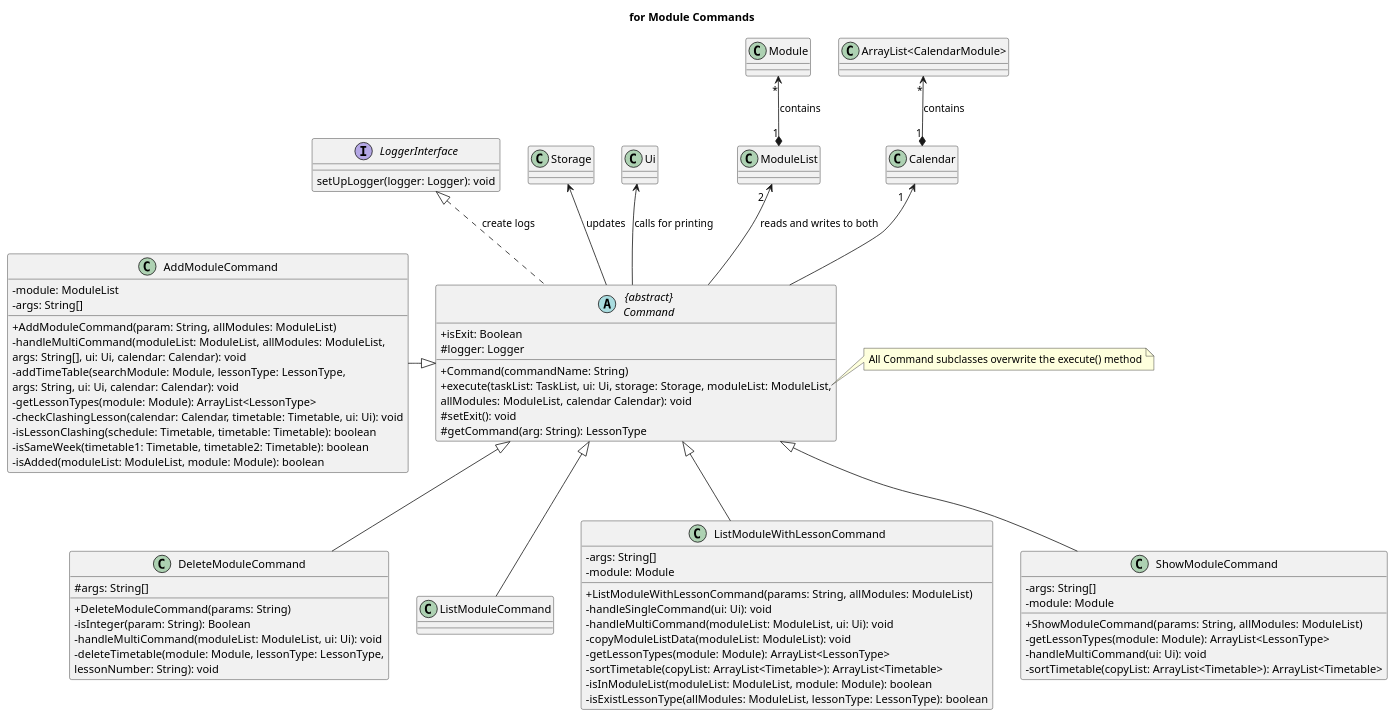
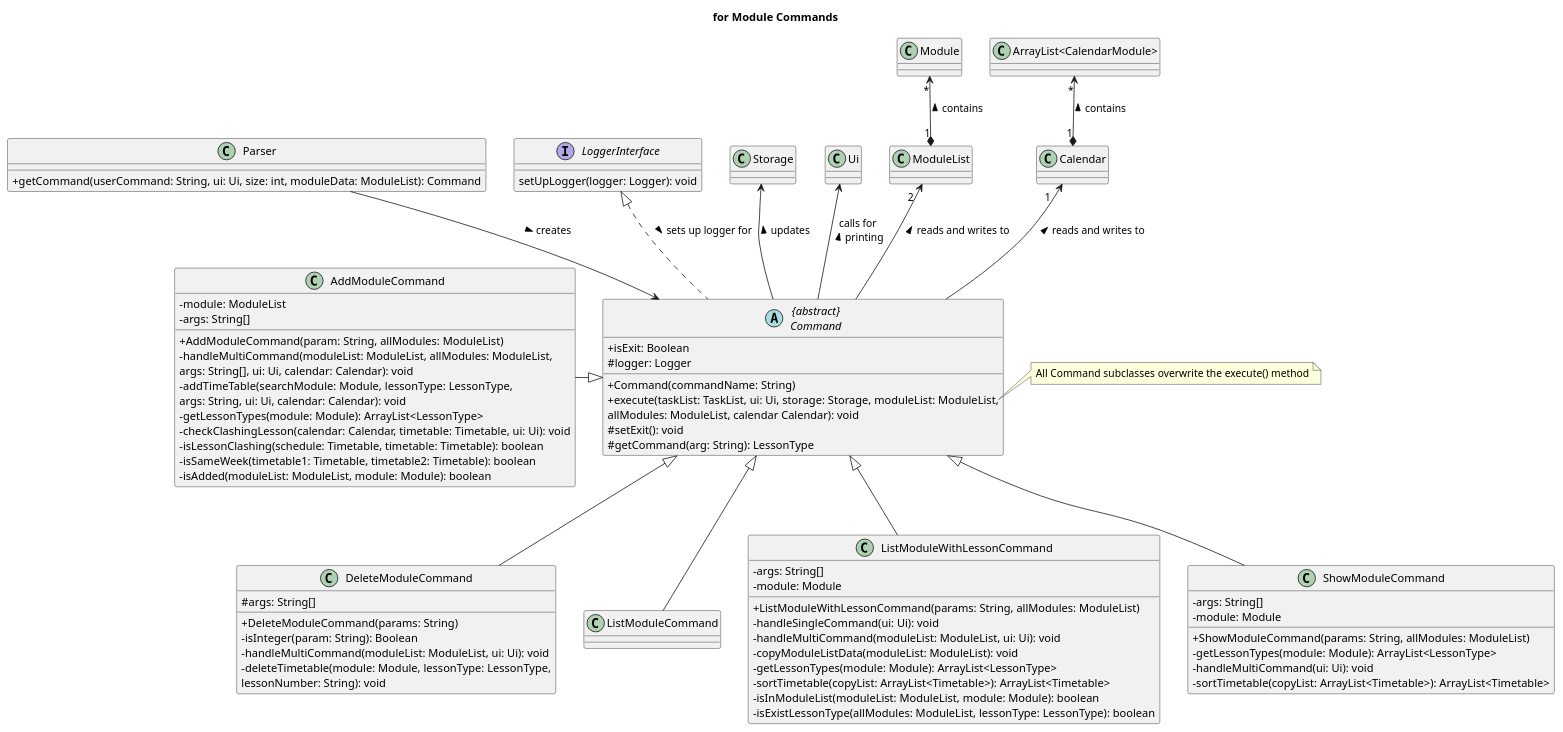
Before and after one commit to nus-cs2113-AY2223S2/tp: the diagram in docs/uml-source/class/Command2.puml, drawn with PlantUML. The commit also changed 5 other files, not shown here.

```diff
--- a/docs/uml-source/class/Command2.puml
+++ b/docs/uml-source/class/Command2.puml
@@ -1,85 +1,90 @@
 @startuml
 'https://plantuml.com/class-diagram
 skinparam classAttributeIconSize 0
 
 title for Module Commands
+
+class Parser {
++ getCommand(userCommand: String, ui: Ui, size: int, moduleData: ModuleList): Command
+}
+Parser --> Command : creates >
 
 abstract class "{abstract}\nCommand" as Command {
 + isExit: Boolean
 # logger: Logger
 + Command(commandName: String)
 + execute(taskList: TaskList, ui: Ui, storage: Storage, moduleList: ModuleList,
 allModules: ModuleList, calendar Calendar): void
 # setExit(): void
 # getCommand(arg: String): LessonType
 }
 
 interface LoggerInterface {
 setUpLogger(logger: Logger): void
 }
 
 note right of Command::execute
     All Command subclasses overwrite the execute() method
 end note
-LoggerInterface <|.. Command : create logs
+LoggerInterface <|.. Command : sets up logger for >
 
 class AddModuleCommand {
 - module: ModuleList
 - args: String[]
 + AddModuleCommand(param: String, allModules: ModuleList)
 - handleMultiCommand(moduleList: ModuleList, allModules: ModuleList,
 args: String[], ui: Ui, calendar: Calendar): void
 - addTimeTable(searchModule: Module, lessonType: LessonType,
 args: String, ui: Ui, calendar: Calendar): void
 - getLessonTypes(module: Module): ArrayList<LessonType>
 - checkClashingLesson(calendar: Calendar, timetable: Timetable, ui: Ui): void
 - isLessonClashing(schedule: Timetable, timetable: Timetable): boolean
 - isSameWeek(timetable1: Timetable, timetable2: Timetable): boolean
 - isAdded(moduleList: ModuleList, module: Module): boolean
 }
 AddModuleCommand -|> Command
 
 class DeleteModuleCommand{
 # args: String[]
 + DeleteModuleCommand(params: String)
 - isInteger(param: String): Boolean
 - handleMultiCommand(moduleList: ModuleList, ui: Ui): void
 - deleteTimetable(module: Module, lessonType: LessonType,
 lessonNumber: String): void
 }
 Command <|-- DeleteModuleCommand
 
 class ListModuleCommand
 Command <|-- ListModuleCommand
 
 class ListModuleWithLessonCommand {
 - args: String[]
 - module: Module
 + ListModuleWithLessonCommand(params: String, allModules: ModuleList)
 - handleSingleCommand(ui: Ui): void
 - handleMultiCommand(moduleList: ModuleList, ui: Ui): void
 - copyModuleListData(moduleList: ModuleList): void
 - getLessonTypes(module: Module): ArrayList<LessonType>
 - sortTimetable(copyList: ArrayList<Timetable>): ArrayList<Timetable>
 - isInModuleList(moduleList: ModuleList, module: Module): boolean
 - isExistLessonType(allModules: ModuleList, lessonType: LessonType): boolean
 }
 Command <|-- ListModuleWithLessonCommand
 
 class ShowModuleCommand {
 - args: String[]
 - module: Module
 + ShowModuleCommand(params: String, allModules: ModuleList)
 - getLessonTypes(module: Module): ArrayList<LessonType>
 - handleMultiCommand(ui: Ui): void
 - sortTimetable(copyList: ArrayList<Timetable>): ArrayList<Timetable>
 }
 Command <|-- ShowModuleCommand
-Storage <-- Command : updates
-Ui <-- Command : "calls for printing            "
-ModuleList "2  " <-- Command : " reads and writes to both"
-Module "*" <--* "1" ModuleList : contains
-Calendar "1   " <-- Command
-"ArrayList<CalendarModule>" "*" <--* "1" Calendar : contains
+Storage <-- Command : updates <
+Ui <-- Command : calls for \nprinting <
+ModuleList "2  " <-- Command : reads and writes to <
+Module "*" <--* "1" ModuleList : contains <
+Calendar "1   " <-- Command : reads and writes to <
+"ArrayList<CalendarModule>" "*" <--* "1" Calendar : contains <
 
 @enduml
```
